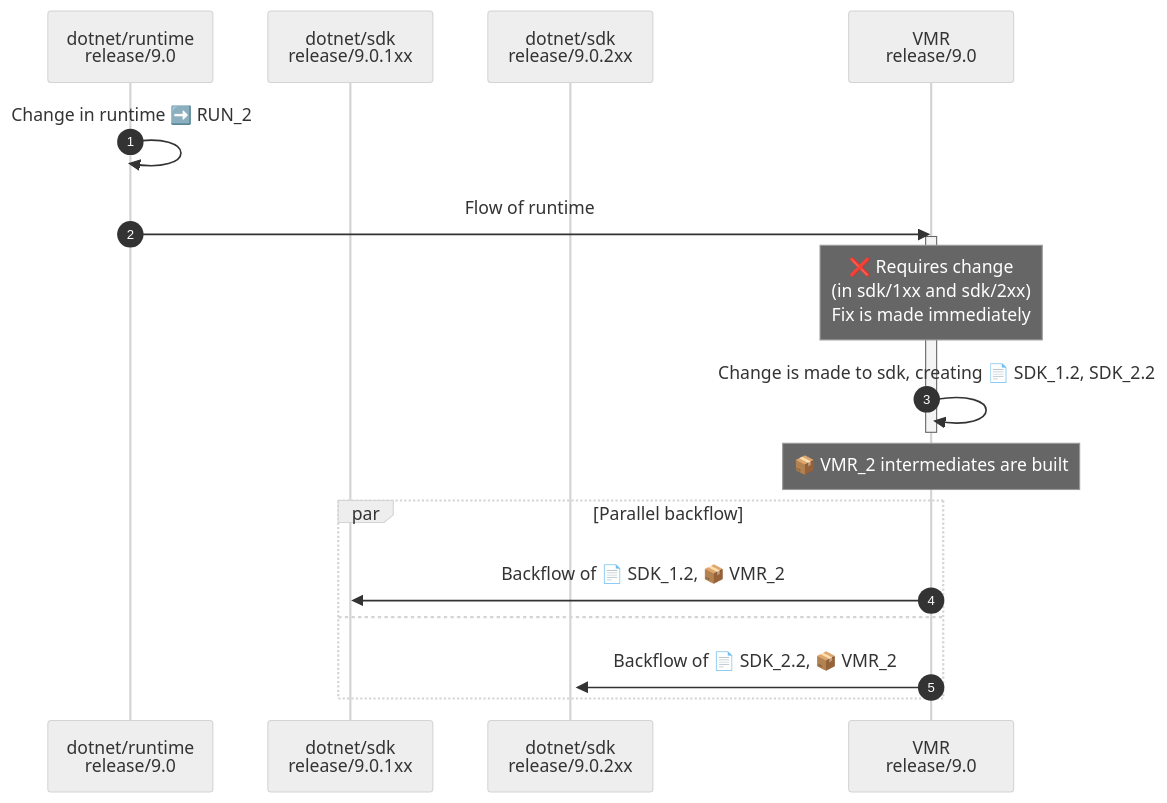
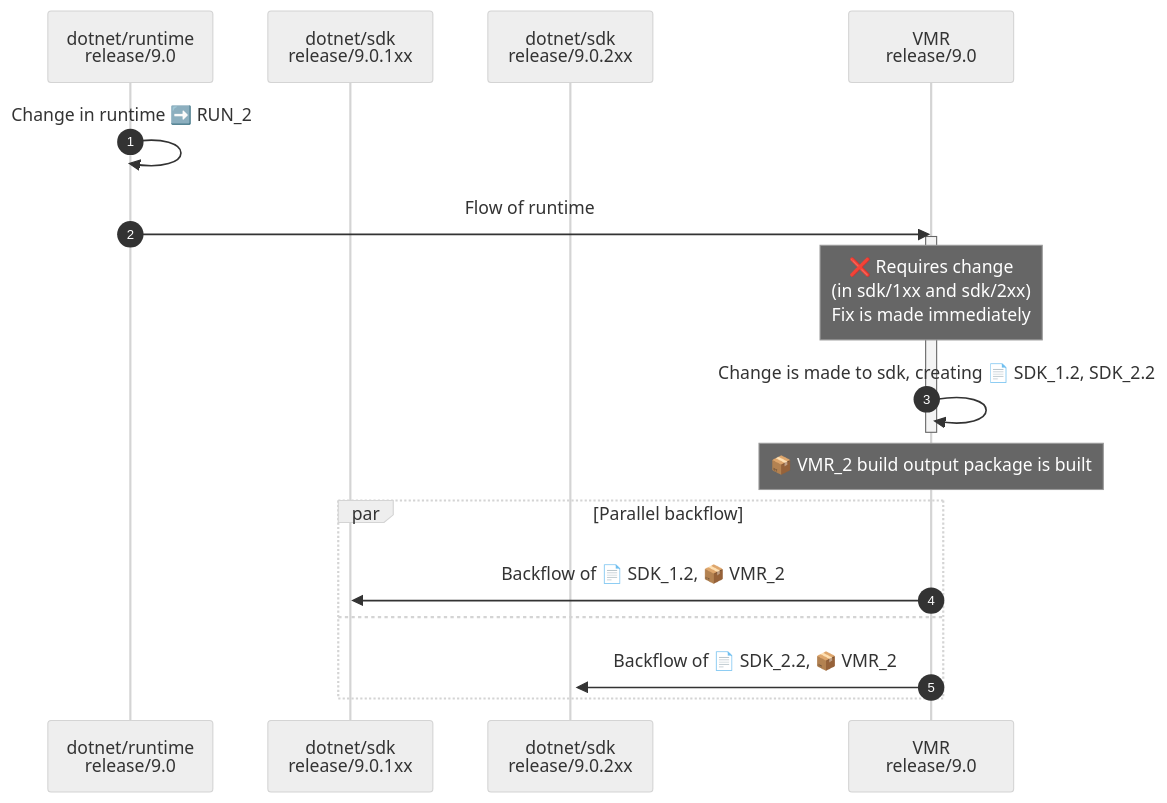
Before and after one commit to dotnet/arcade: the second of 2 diagrams in Documentation/UnifiedBuild/VMR-Managing-SDK-Bands-Side-by-Side-folders.md, drawn with Mermaid (neutral theme). The commit also changed other lines of this file and 2 other files, not shown here.

Commit message:
Intermediates -> Build output packages

````diff
--- a/Documentation/UnifiedBuild/VMR-Managing-SDK-Bands-Side-by-Side-folders.md
+++ b/Documentation/UnifiedBuild/VMR-Managing-SDK-Bands-Side-by-Side-folders.md
@@ -130,27 +130,27 @@
 ```mermaid
 sequenceDiagram
     autonumber
 
     participant runtime as dotnet/runtime<br />release/9.0
     participant SDK_1xx as dotnet/sdk<br />release/9.0.1xx
     participant SDK_2xx as dotnet/sdk<br />release/9.0.2xx
     participant VMR as VMR<br />release/9.0
 
     runtime->>runtime: Change in runtime ➡️ RUN_2
 
 
     activate SDK_2xx
     runtime->>VMR: Flow of runtime
     activate VMR
     Note over VMR: ❌ Requires change<br />(in sdk/1xx and sdk/2xx)<br />Fix is made immediately
     VMR->>VMR: Change is made to sdk, creating 📄 SDK_1.2, SDK_2.2
     deactivate VMR
 
-    Note over VMR: 📦 VMR_2 intermediates are built
+    Note over VMR: 📦 VMR_2 build output package is built
 
     par Parallel backflow
         VMR->>SDK_1xx: Backflow of 📄 SDK_1.2, 📦 VMR_2
     and
         VMR->>SDK_2xx: Backflow of 📄 SDK_2.2, 📦 VMR_2
     end
 ```
````
